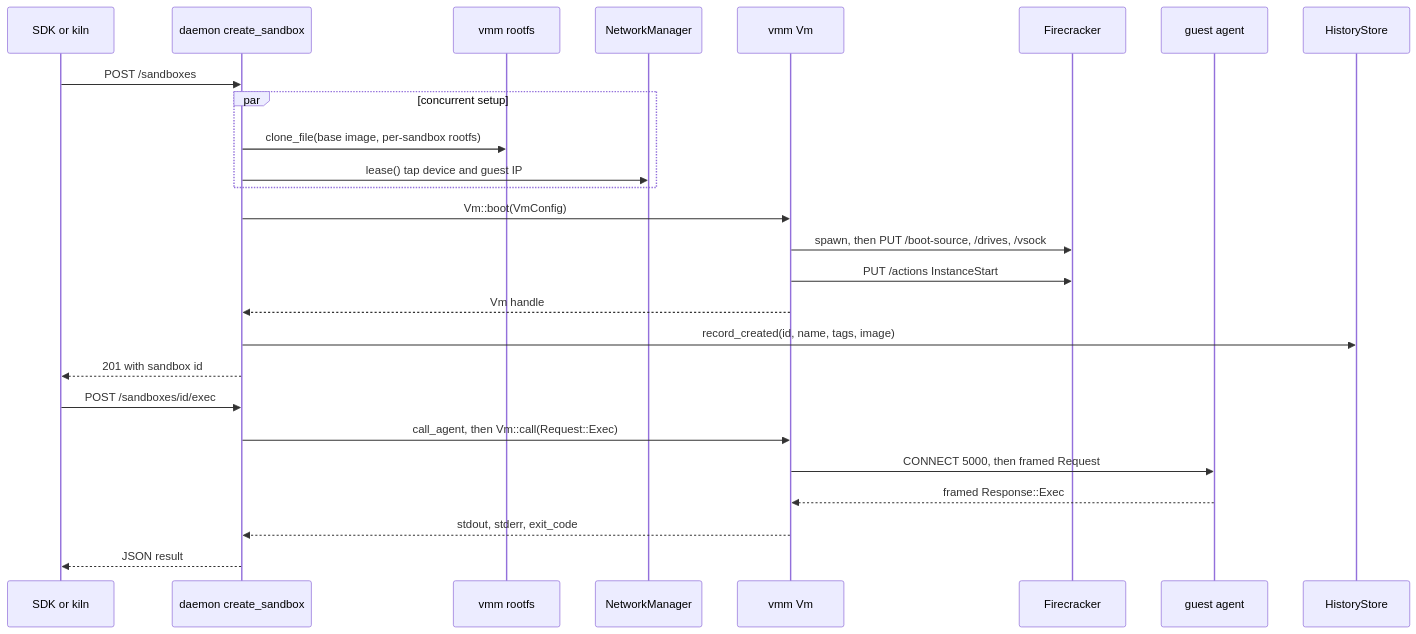
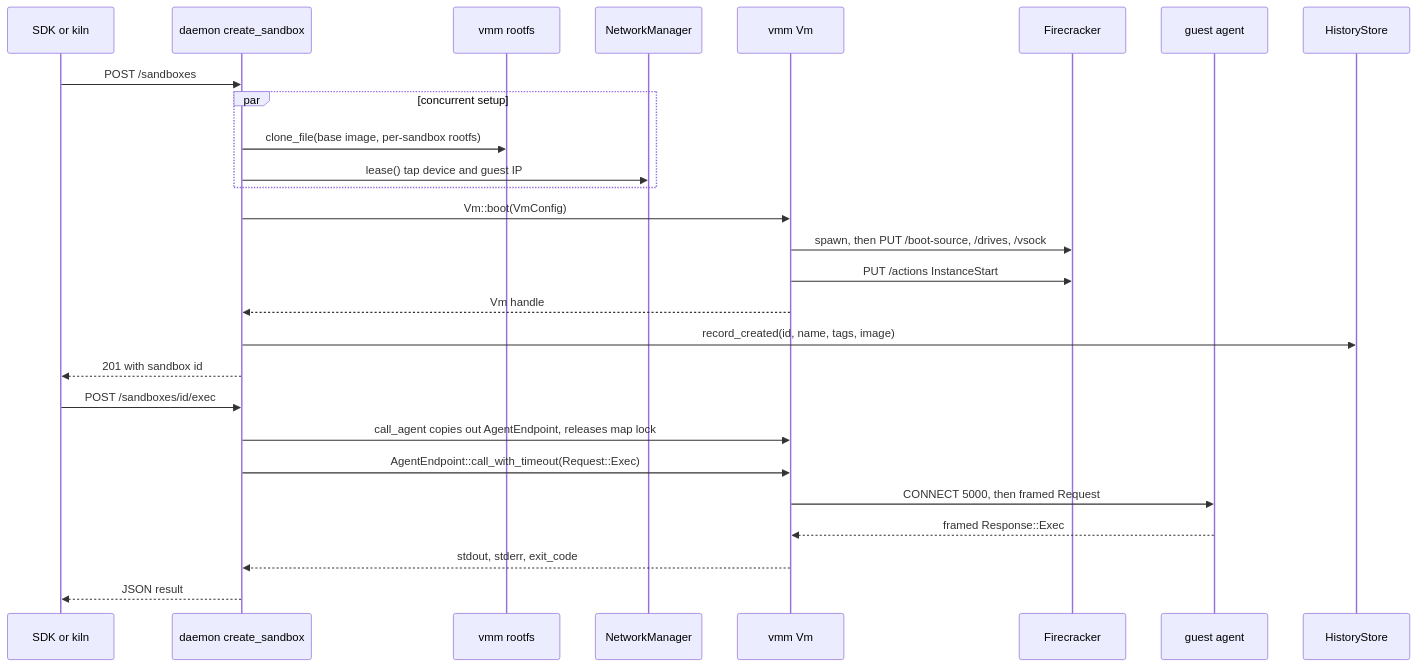
Before and after one commit to SumitKumar-17/sandkiln: the second of 3 diagrams in website/src/content/engineering/01-system-overview.md, drawn with Mermaid. The commit also changed other lines of this file and 91 other files, not shown here.

````diff
--- a/website/src/content/engineering/01-system-overview.md
+++ b/website/src/content/engineering/01-system-overview.md
@@ -66,29 +66,30 @@
 ```mermaid
 sequenceDiagram
     participant SDK as SDK or kiln
     participant D as daemon create_sandbox
     participant R as vmm rootfs
     participant N as NetworkManager
     participant V as vmm Vm
     participant FC as Firecracker
     participant A as guest agent
     participant H as HistoryStore
 
     SDK->>D: POST /sandboxes
     par concurrent setup
         D->>R: clone_file(base image, per-sandbox rootfs)
         D->>N: lease() tap device and guest IP
     end
     D->>V: Vm::boot(VmConfig)
     V->>FC: spawn, then PUT /boot-source, /drives, /vsock
     V->>FC: PUT /actions InstanceStart
     V-->>D: Vm handle
     D->>H: record_created(id, name, tags, image)
     D-->>SDK: 201 with sandbox id
     SDK->>D: POST /sandboxes/id/exec
-    D->>V: call_agent, then Vm::call(Request::Exec)
+    D->>V: call_agent copies out AgentEndpoint, releases map lock
+    D->>V: AgentEndpoint::call_with_timeout(Request::Exec)
     V->>A: CONNECT 5000, then framed Request
     A-->>V: framed Response::Exec
     V-->>D: stdout, stderr, exit_code
     D-->>SDK: JSON result
 ```
````
